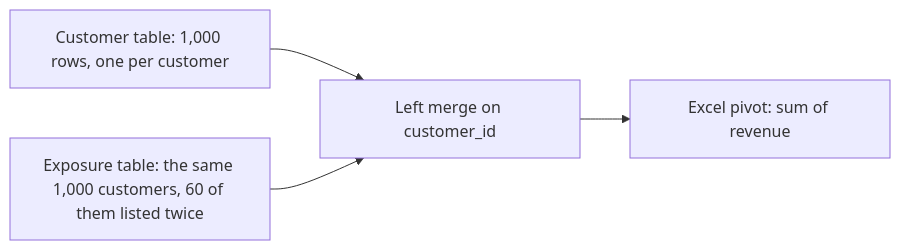
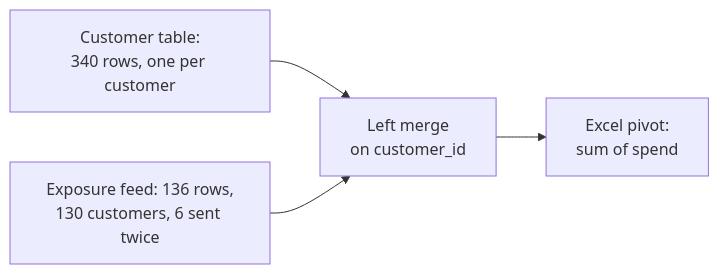
Before and after one commit to fde-academy-lab/c2-content-factory: the fifth of 8 diagrams in content/W02/SAT/paper/C2_W02_SAT_recap_paper_STUDENT.md, drawn with Mermaid. The commit also changed other lines of this file and 4 other files, not shown here.

````diff
--- a/content/W02/SAT/paper/C2_W02_SAT_recap_paper_STUDENT.md
+++ b/content/W02/SAT/paper/C2_W02_SAT_recap_paper_STUDENT.md
@@ -479,8 +353,6 @@
 ```mermaid
 flowchart LR
-  C["Customer table: 1,000 rows, one per customer"]
-  E["Exposure table: the same 1,000 customers, 60 of them listed twice"]
-  C --> M["Left merge on customer_id"]
-  E --> M
-  M --> X["Excel pivot: sum of revenue"]
+  T["Customer table:<br/>340 rows, one per customer"] --> M["Left merge<br/>on customer_id"]
+  F["Exposure feed: 136 rows,<br/>130 customers, 6 sent twice"] --> M
+  M --> X["Excel pivot:<br/>sum of spend"]
 ```
````
